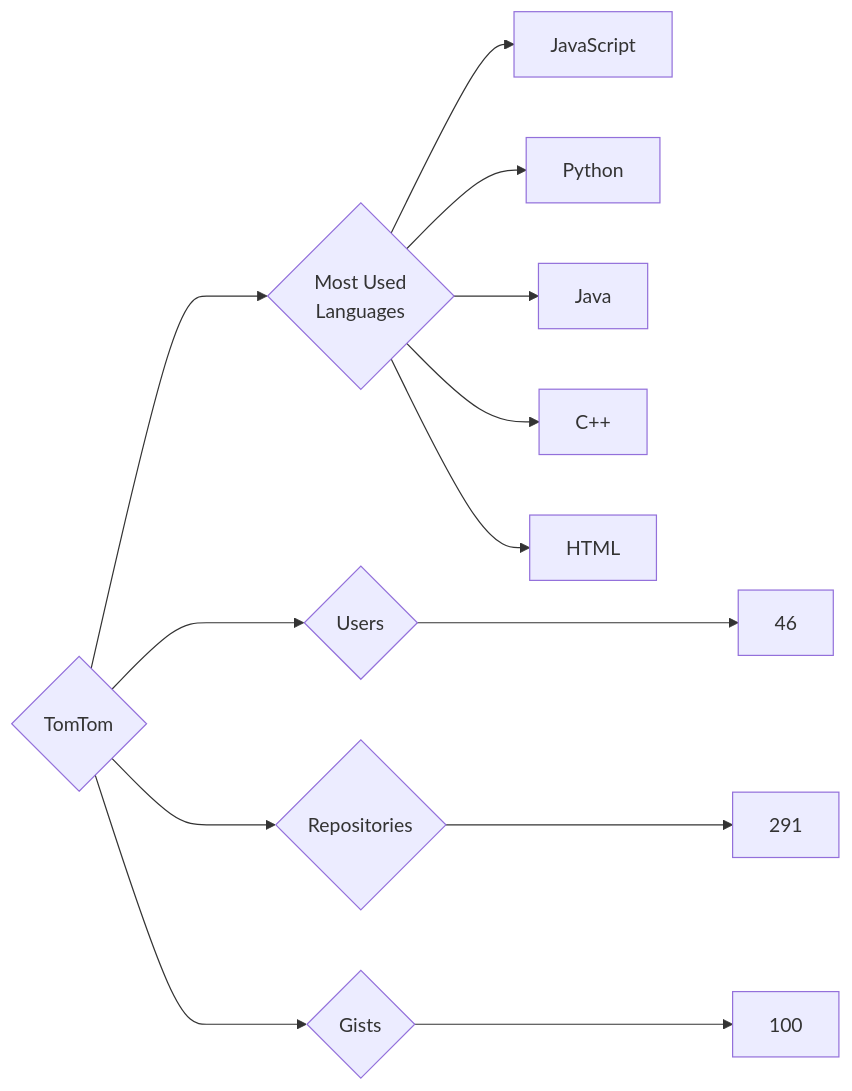
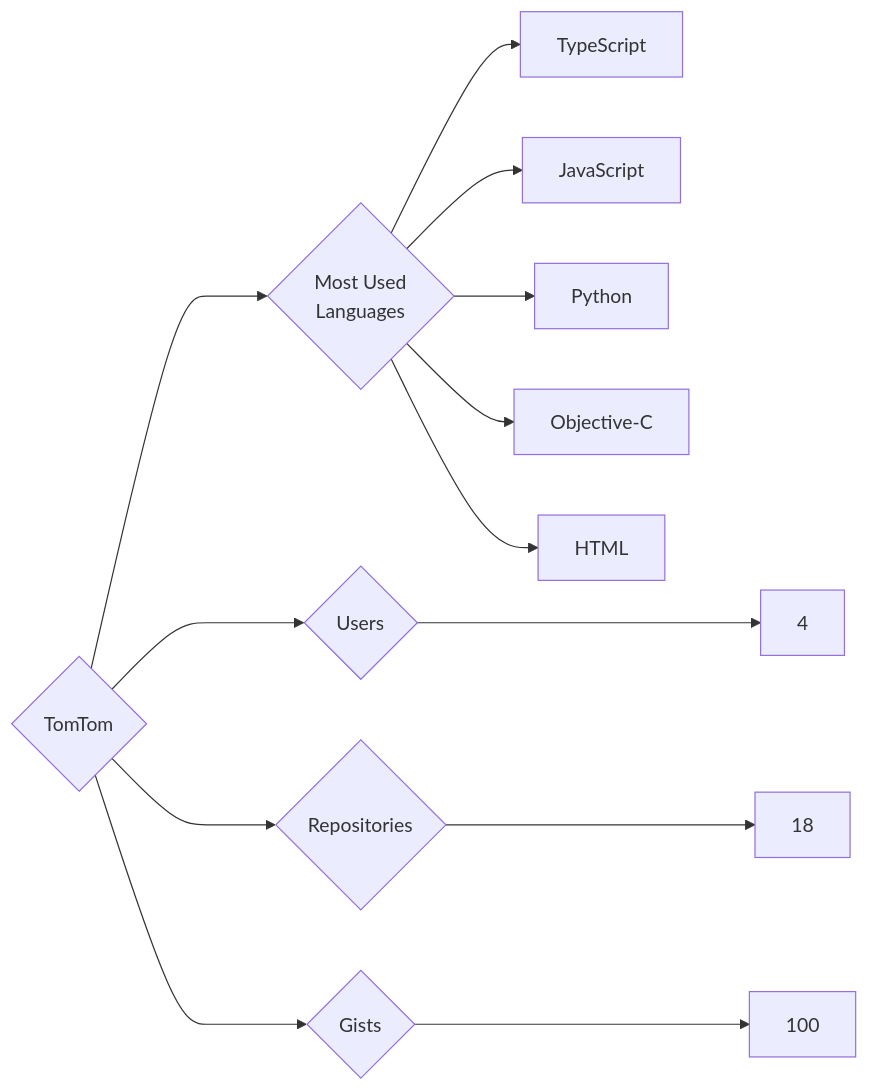
Before and after one commit to trickest/insiders: the diagram in targets/TomTom/README.md, drawn with Mermaid. The commit also changed 534 other files, not shown here.

````diff
--- a/targets/TomTom/README.md
+++ b/targets/TomTom/README.md
@@ -3,13 +3,13 @@
 ```mermaid
 graph LR
 COMPANY_NAME{TomTom}
-COMPANY_NAME ---> U{Users} ---> UN[46]
-COMPANY_NAME ---> R{Repositories} ---> RN[291]
+COMPANY_NAME ---> U{Users} ---> UN[4]
+COMPANY_NAME ---> R{Repositories} ---> RN[18]
 COMPANY_NAME ---> G{Gists} ---> GN[100]
 COMPANY_NAME ---> ML{Most Used<br>Languages}
+ML --> TypeScript[TypeScript]
 ML --> JavaScript[JavaScript]
 ML --> Python[Python]
-ML --> Java[Java]
-ML --> C++[C++]
+ML --> Objective-C[Objective-C]
 ML --> HTML[HTML]
 ```
````
